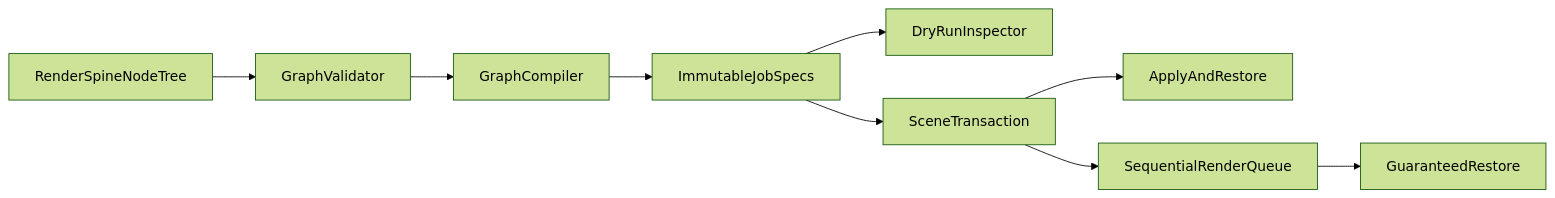
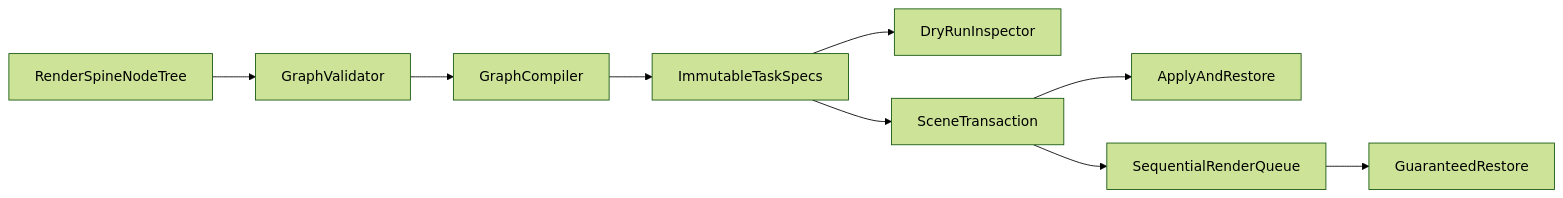
The diagram in docs/render-spine-plan.md (NilsJohannesson/blender-addons-personal), drawn with Mermaid (forest theme) before and after one commit. The commit also changed other lines of this file and 35 other files, not shown here.

````diff
--- a/docs/render-spine-plan.md
+++ b/docs/render-spine-plan.md
@@ -127,11 +127,11 @@
 ```mermaid
 flowchart LR
     NodeTree[RenderSpineNodeTree] --> Validator[GraphValidator]
     Validator --> Compiler[GraphCompiler]
-    Compiler --> JobSpecs[ImmutableJobSpecs]
-    JobSpecs --> Inspector[DryRunInspector]
-    JobSpecs --> Transaction[SceneTransaction]
+    Compiler --> TaskSpecs[ImmutableTaskSpecs]
+    TaskSpecs --> Inspector[DryRunInspector]
+    TaskSpecs --> Transaction[SceneTransaction]
     Transaction --> Apply[ApplyAndRestore]
     Transaction --> Queue[SequentialRenderQueue]
     Queue --> Restore[GuaranteedRestore]
 ```
````
